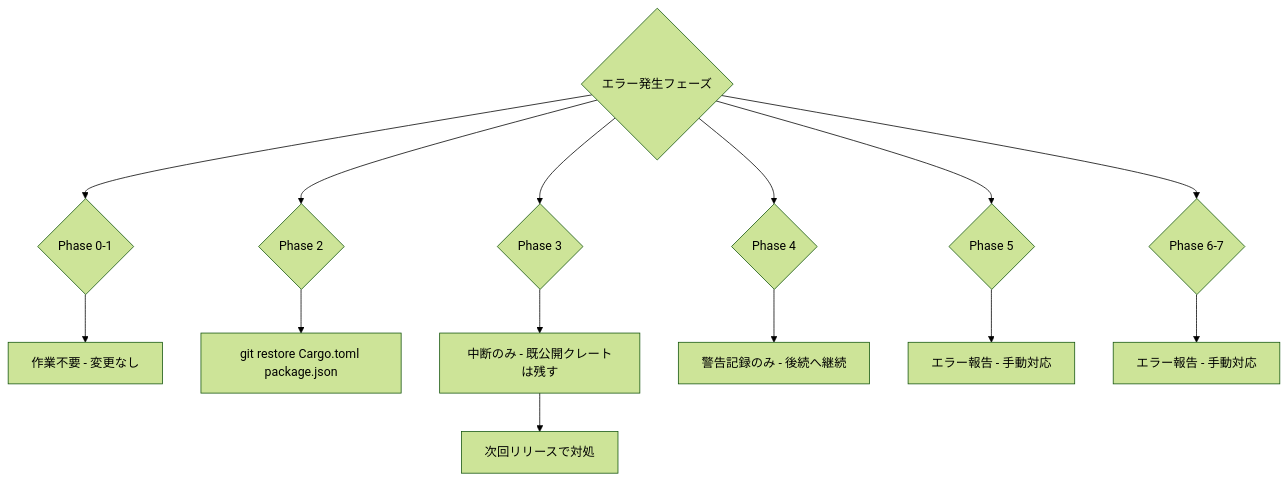
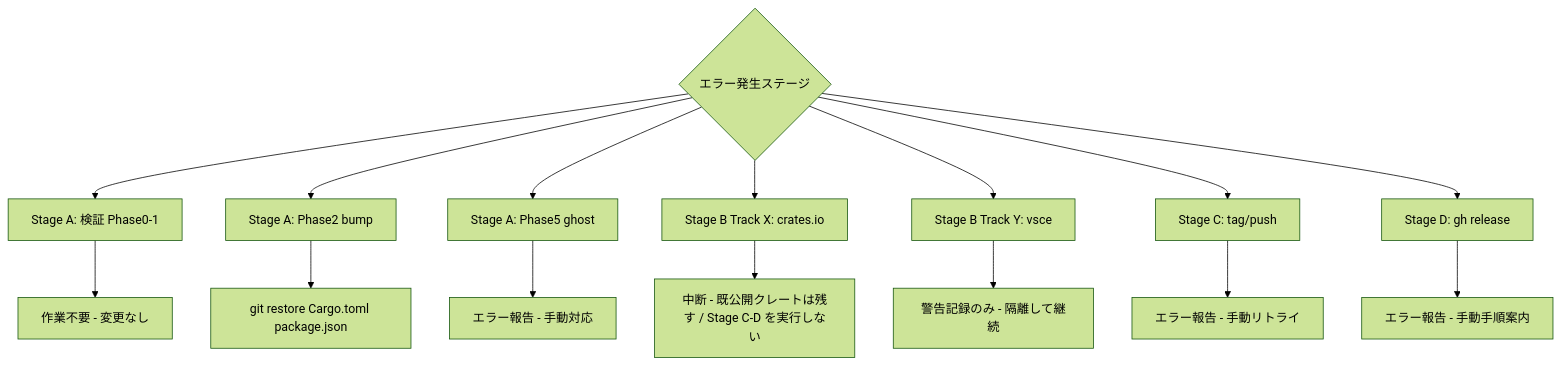
Before and after one commit to ekicyou/pasta: the third of 3 diagrams in .kiro/specs/release-workflow/design.md, drawn with Mermaid (forest theme). The commit also changed other lines of this file and 4 other files, not shown here.

````diff
--- a/.kiro/specs/release-workflow/design.md
+++ b/.kiro/specs/release-workflow/design.md
@@ -307,17 +259,18 @@
 ```mermaid
 flowchart TD
-    A{エラー発生フェーズ} --> B{Phase 0-1}
-    A --> C{Phase 2}
-    A --> D{Phase 3}
-    A --> E{Phase 4}
-    A --> F{Phase 5}
-    A --> G{Phase 6-7}
+    A{エラー発生ステージ} --> B[Stage A: 検証 Phase0-1]
+    A --> C[Stage A: Phase2 bump]
+    A --> P5[Stage A: Phase5 ghost]
+    A --> X[Stage B Track X: crates.io]
+    A --> Y[Stage B Track Y: vsce]
+    A --> CC[Stage C: tag/push]
+    A --> D[Stage D: gh release]
 
     B --> B1[作業不要 - 変更なし]
     C --> C1[git restore Cargo.toml package.json]
-    D --> D1[中断のみ - 既公開クレートは残す]
-    D1 --> D2[次回リリースで対処]
-    E --> E1[警告記録のみ - 後続へ継続]
-    F --> F1[エラー報告 - 手動対応]
-    G --> G1[エラー報告 - 手動対応]
+    P5 --> P51[エラー報告 - 手動対応]
+    X --> X1[中断 - 既公開クレートは残す / Stage C-D を実行しない]
+    Y --> Y1[警告記録のみ - 隔離して継続]
+    CC --> CC1[エラー報告 - 手動リトライ]
+    D --> D1[エラー報告 - 手動手順案内]
 ```
````
